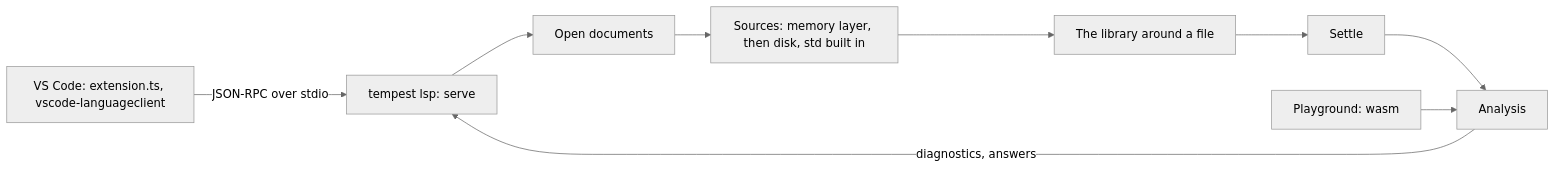
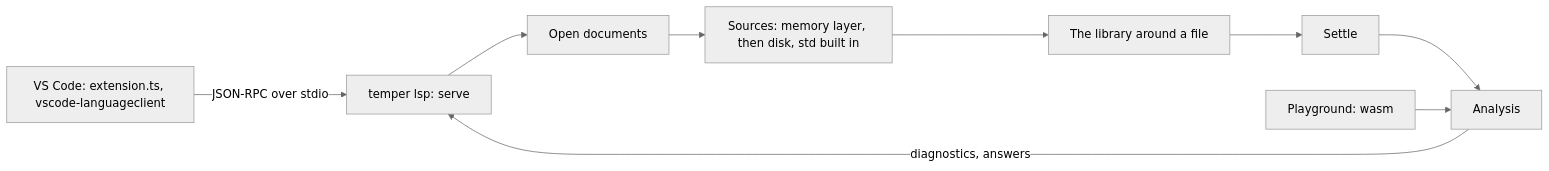
The diagram in docs/internals/09-language-server.md (temperlang/tempest), drawn with Mermaid (neutral theme) before and after one commit. The commit also changed other lines of this file and 180 other files, not shown here.

First line of the commit message:
Rename tempest to Temper where users see it

````diff
--- a/docs/internals/09-language-server.md
+++ b/docs/internals/09-language-server.md
@@ -12,11 +12,11 @@
 ```mermaid
 flowchart LR
-  vscode["VS Code: extension.ts, vscode-languageclient"] -->|"JSON-RPC over stdio"| loop["tempest lsp: serve"]
+  vscode["VS Code: extension.ts, vscode-languageclient"] -->|"JSON-RPC over stdio"| loop["temper lsp: serve"]
   loop --> docs["Open documents"]
   docs --> sources["Sources: memory layer, then disk, std built in"]
   sources --> unit["The library around a file"]
   unit --> settle["Settle"]
   settle --> analysis["Analysis"]
   analysis -->|"diagnostics, answers"| loop
   playground["Playground: wasm"] --> analysis
 ```
````
